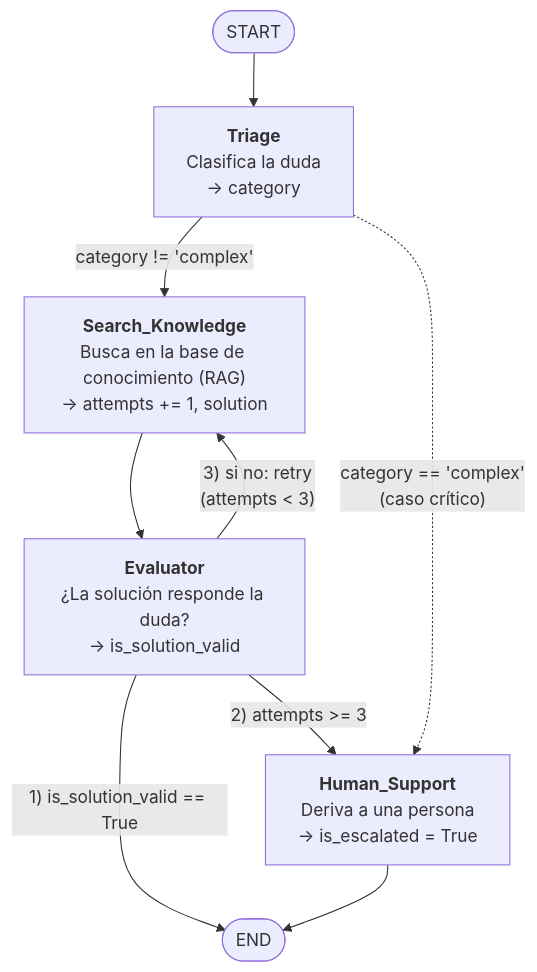
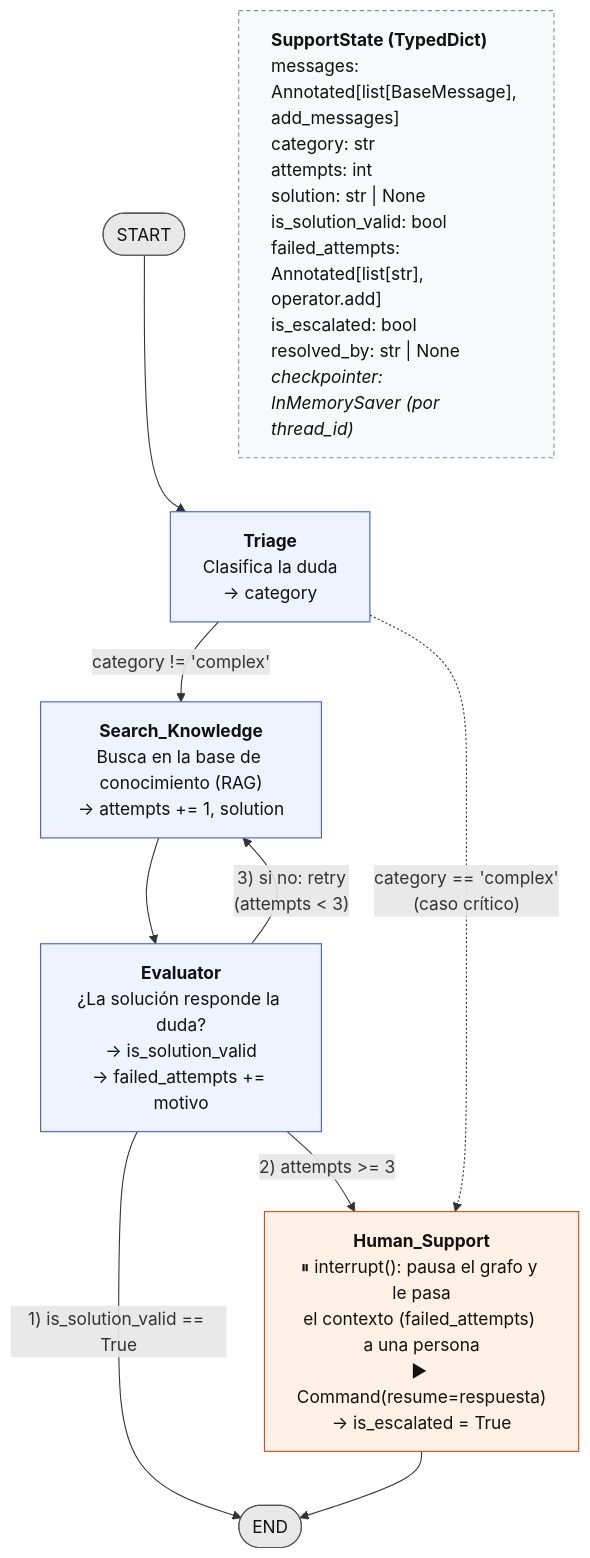
Before and after one commit to javiacuna/ai-engineering-coderhouse: the diagram in modulo-05-langgraph/ejercicio-diseno-grafo/README.md, drawn with Mermaid. The commit also changed other lines of this file and 5 other files, not shown here.

````diff
--- a/modulo-05-langgraph/ejercicio-diseno-grafo/README.md
+++ b/modulo-05-langgraph/ejercicio-diseno-grafo/README.md
@@ -19,18 +19,30 @@
 ```mermaid
 flowchart TD
     START([START])
     TRIAGE["<b>Triage</b><br/>Clasifica la duda<br/>→ category"]
     SEARCH["<b>Search_Knowledge</b><br/>Busca en la base de conocimiento (RAG)<br/>→ attempts += 1, solution"]
-    EVAL["<b>Evaluator</b><br/>¿La solución responde la duda?<br/>→ is_solution_valid"]
-    HUMAN["<b>Human_Support</b><br/>Deriva a una persona<br/>→ is_escalated = True"]
+    EVAL["<b>Evaluator</b><br/>¿La solución responde la duda?<br/>→ is_solution_valid<br/>→ failed_attempts += motivo"]
+    HUMAN["<b>Human_Support</b><br/>⏸ interrupt(): pausa el grafo y le pasa<br/>el contexto (failed_attempts) a una persona<br/>▶ Command(resume=respuesta)<br/>→ is_escalated = True"]
     END_NODE([END])
 
     START --> TRIAGE
     TRIAGE -- "category != 'complex'" --> SEARCH
     TRIAGE -. "category == 'complex'<br/>(caso crítico)" .-> HUMAN
     SEARCH --> EVAL
     EVAL -- "1) is_solution_valid == True" --> END_NODE
     EVAL -- "2) attempts >= 3" --> HUMAN
     EVAL -- "3) si no: retry<br/>(attempts < 3)" --> SEARCH
     HUMAN --> END_NODE
+
+    STATE["<b>SupportState (TypedDict)</b><br/>messages: Annotated[list[BaseMessage], add_messages]<br/>category: str<br/>attempts: int<br/>solution: str | None<br/>is_solution_valid: bool<br/>failed_attempts: Annotated[list[str], operator.add]<br/>is_escalated: bool<br/>resolved_by: str | None<br/><i>checkpointer: InMemorySaver (por thread_id)</i>"]
+    STATE ~~~ TRIAGE
+
+    classDef terminal fill:#e8e8e8,stroke:#555,color:#111
+    classDef node fill:#eef3ff,stroke:#3b5bdb,color:#111
+    classDef human fill:#fff1e6,stroke:#d9480f,color:#111
+    classDef state fill:#f8f9fa,stroke:#868e96,stroke-dasharray:4 3,color:#111,text-align:left
+    class START,END_NODE terminal
+    class TRIAGE,SEARCH,EVAL node
+    class HUMAN human
+    class STATE state
 ```
````
